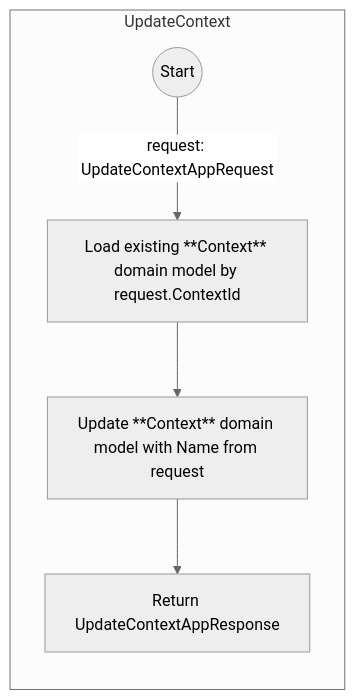
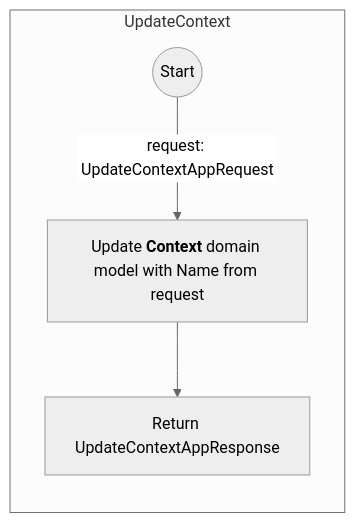
One commit to sdlfly2000/DomainBasedDesigner changed the third of 4 diagrams in UML/Application/ContextAppService.md. Above: the diagram before and after it, drawn with Mermaid (neutral theme). The commit also changed other lines of this file and 7 other files, not shown here.

Commit message:
Refactor ContextAppService

````diff
--- a/UML/Application/ContextAppService.md
+++ b/UML/Application/ContextAppService.md
@@ -23,10 +23,9 @@
 ```mermaid method:"UpdateContext"
 graph TB
     subgraph UpdateContext
         direction TB
         start2(("Start")) --> 
-        |request: UpdateContextAppRequest| existingContext["Load existing **Context** domain model by request.ContextId"] -->
-        updateContext["Update **Context** domain model with Name from request"] -->
+        |request: UpdateContextAppRequest| updateContext["`Update **Context** domain model with Name from request`"] -->
         return2["`Return UpdateContextAppResponse`"]
     end
 ```
````
